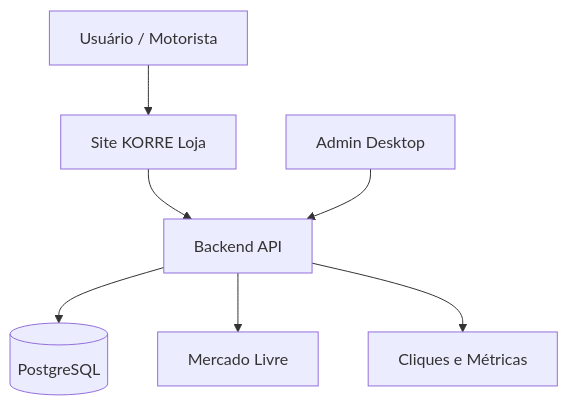
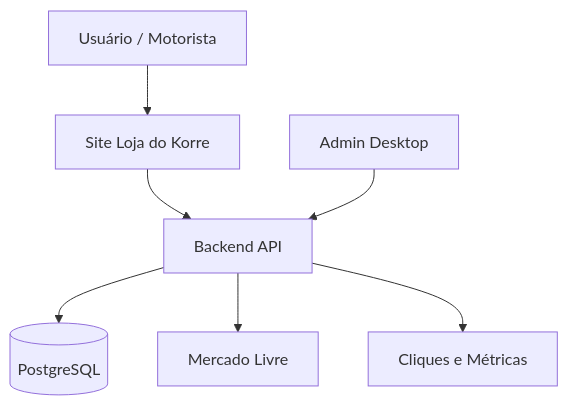
Before and after one commit to ChacaraKairo/korre-loja: the diagram in docs/02-arquitetura-geral.md, drawn with Mermaid. The commit also changed other lines of this file and 29 other files, not shown here.

Commit message:
rename product to loja do korre

````diff
--- a/docs/02-arquitetura-geral.md
+++ b/docs/02-arquitetura-geral.md
@@ -20,9 +20,9 @@
 ```mermaid
 flowchart TD
-  User[Usuário / Motorista] --> Store[Site KORRE Loja]
+  User[Usuário / Motorista] --> Store[Site Loja do Korre]
   Store --> API[Backend API]
   API --> DB[(PostgreSQL)]
   API --> ML[Mercado Livre]
   Admin[Admin Desktop] --> API
   API --> Analytics[Cliques e Métricas]
 ```
````
